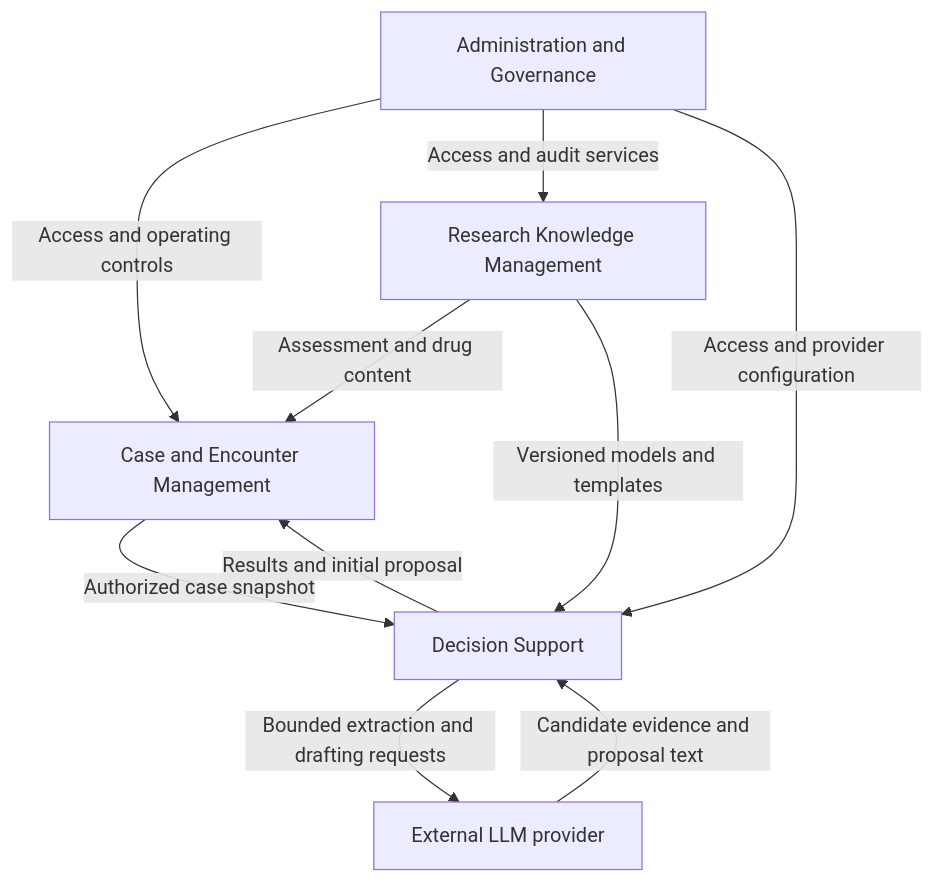
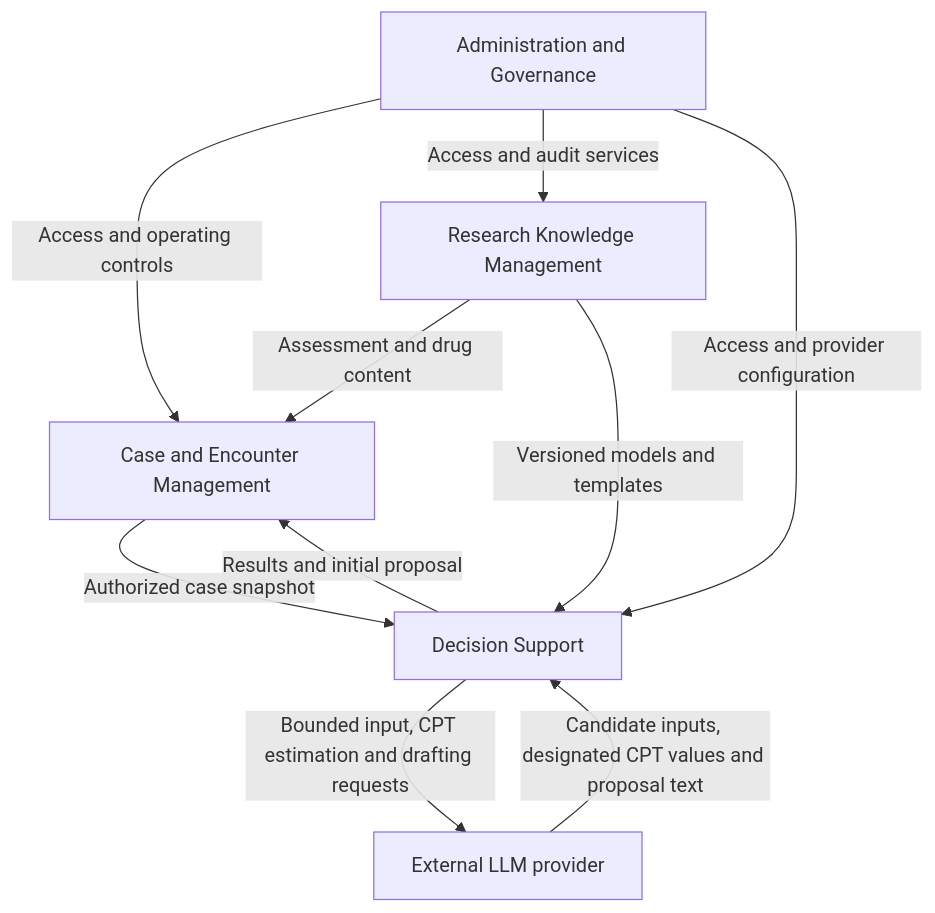
The diagram in docs/system-design/system-architecture.md (a-rastin/X-INSIGHT), drawn with Mermaid before and after one commit. The commit also changed other lines of this file and 3 other files, not shown here.

Commit message:
Reconcile system-design.md & system-architecture.md with user-requirements.md

````diff
--- a/docs/system-design/system-architecture.md
+++ b/docs/system-design/system-architecture.md
@@ -51,12 +51,12 @@
 ```mermaid
 flowchart TD
     S4[Administration and Governance] -->|Access and operating controls| S1[Case and Encounter Management]
     S4 -->|Access and audit services| S2[Research Knowledge Management]
     S4 -->|Access and provider configuration| S3[Decision Support]
     S2 -->|Assessment and drug content| S1
     S2 -->|Versioned models and templates| S3
     S1 -->|Authorized case snapshot| S3
     S3 -->|Results and initial proposal| S1
-    S3 -->|Bounded extraction and drafting requests| L[External LLM provider]
-    L -->|Candidate evidence and proposal text| S3
+    S3 -->|Bounded input, CPT estimation and drafting requests| L[External LLM provider]
+    L -->|Candidate inputs, designated CPT values and proposal text| S3
 ```
````
